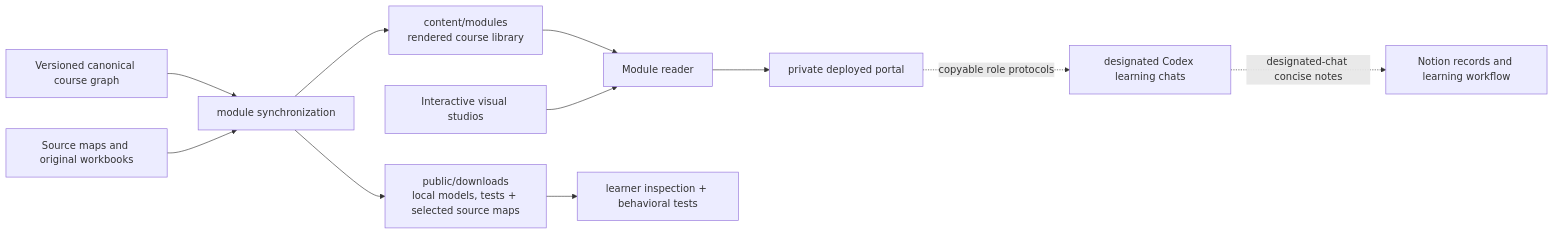
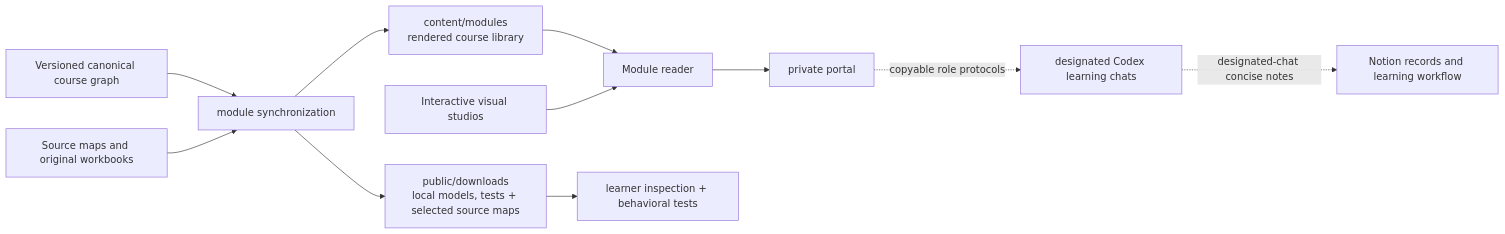
One commit to michaeliu3/atlas-academy-python-cs changed the diagram in docs/ARCHITECTURE.md. Above: the diagram before and after it, drawn with Mermaid. The commit also changed other lines of this file and 10 other files, not shown here.

```diff
--- a/docs/ARCHITECTURE.md
+++ b/docs/ARCHITECTURE.md
@@ -9,13 +9,13 @@
 ~~~mermaid
 flowchart LR
     G["Versioned canonical course graph"] --> M["module synchronization"]
     S["Source maps and original workbooks"] --> M
     M --> L["content/modules<br>rendered course library"]
     M --> D["public/downloads<br>local models, tests + selected source maps"]
     L --> R["Module reader"]
     I["Interactive visual studios"] --> R
     D --> V["learner inspection + behavioral tests"]
-    R --> P["private deployed portal"]
+    R --> P["private portal"]
     P -. "copyable role protocols" .-> C["designated Codex learning chats"]
     C -. "designated-chat concise notes" .-> N["Notion records and learning workflow"]
 ~~~
```
